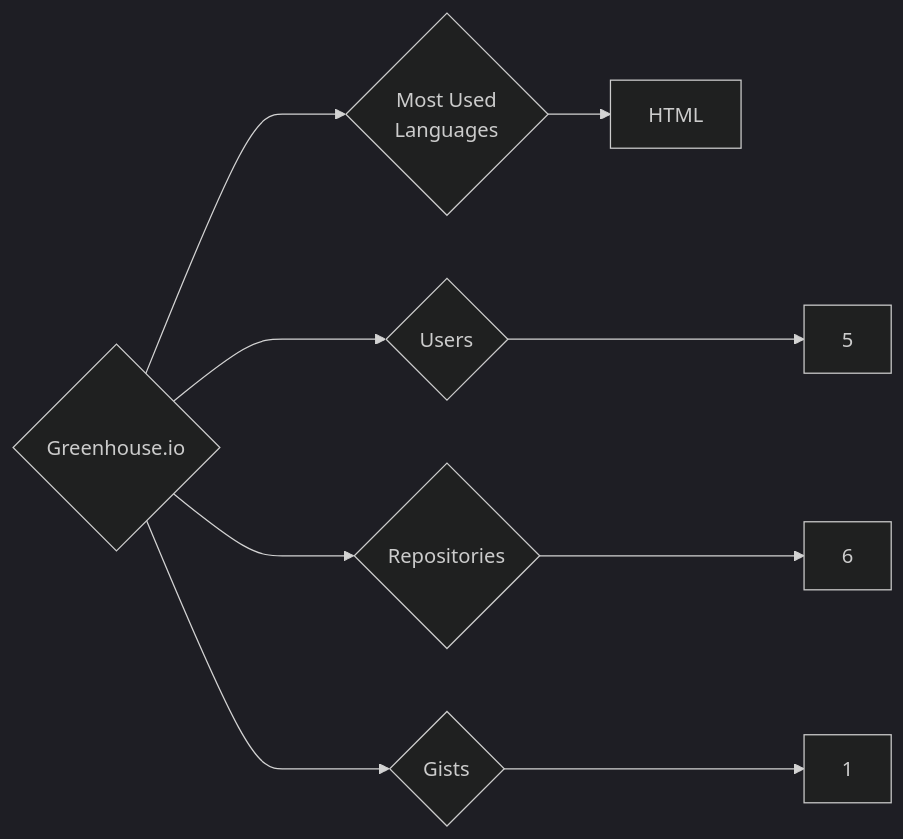
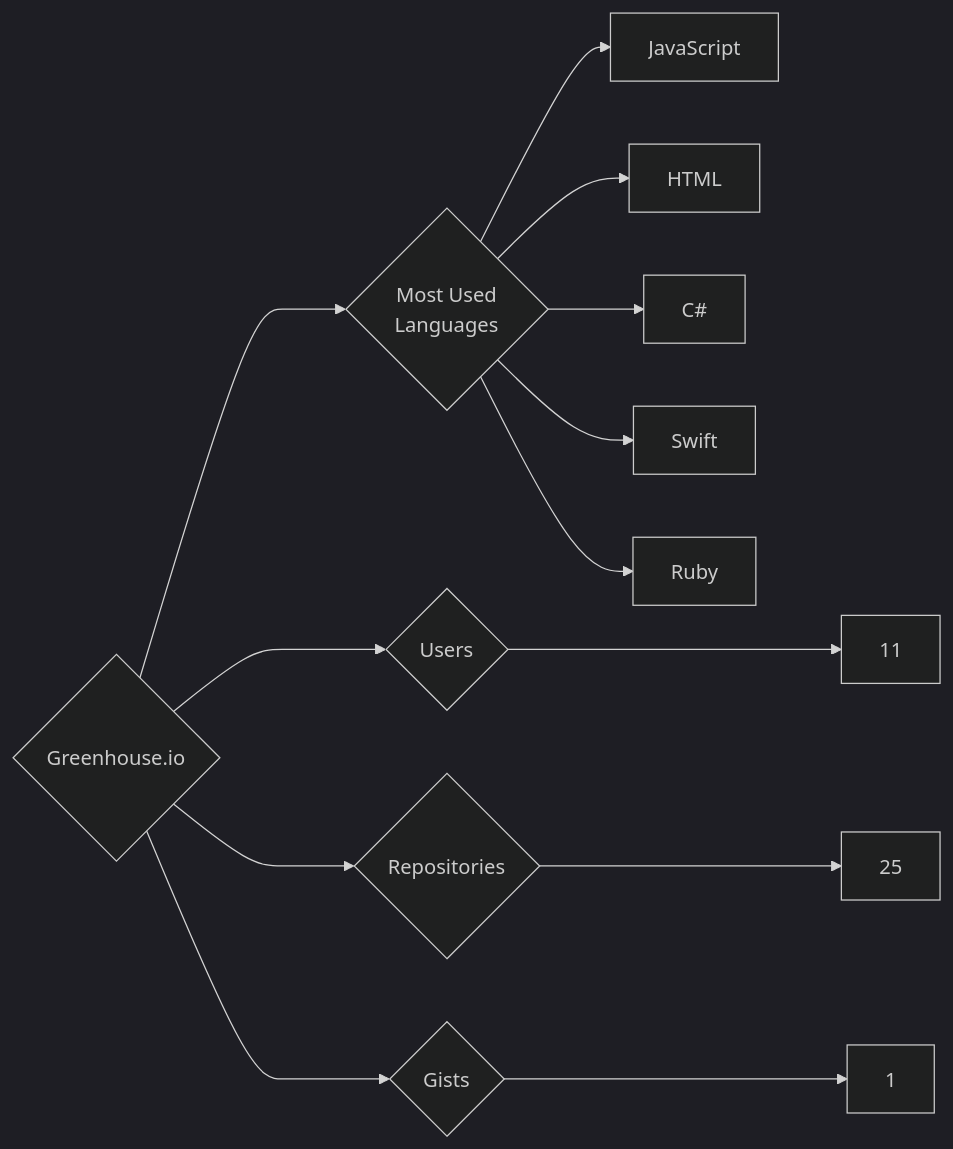
Before and after one commit to trickest/insiders: the diagram in targets/Greenhouse.io/README.md, drawn with Mermaid (dark theme). The commit also changed 1212 other files, not shown here.

````diff
--- a/targets/Greenhouse.io/README.md
+++ b/targets/Greenhouse.io/README.md
@@ -3,9 +3,13 @@
 ```mermaid
 graph LR
 COMPANY_NAME{Greenhouse.io}
-COMPANY_NAME ---> U{Users} ---> UN[5]
-COMPANY_NAME ---> R{Repositories} ---> RN[6]
+COMPANY_NAME ---> U{Users} ---> UN[11]
+COMPANY_NAME ---> R{Repositories} ---> RN[25]
 COMPANY_NAME ---> G{Gists} ---> GN[1]
 COMPANY_NAME ---> ML{Most Used<br>Languages}
+ML --> JavaScript[JavaScript]
 ML --> HTML[HTML]
+ML --> C#[C#]
+ML --> Swift[Swift]
+ML --> Ruby[Ruby]
 ```
````
